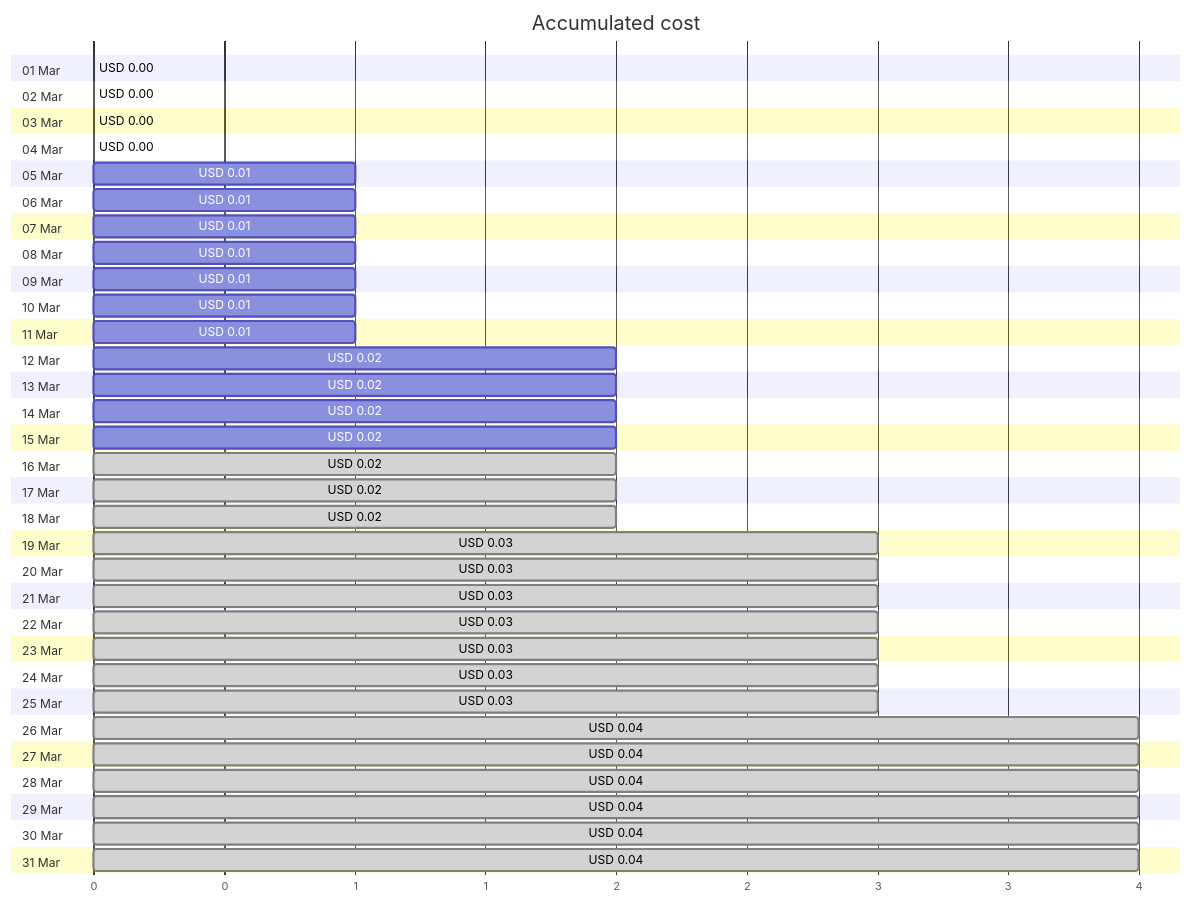
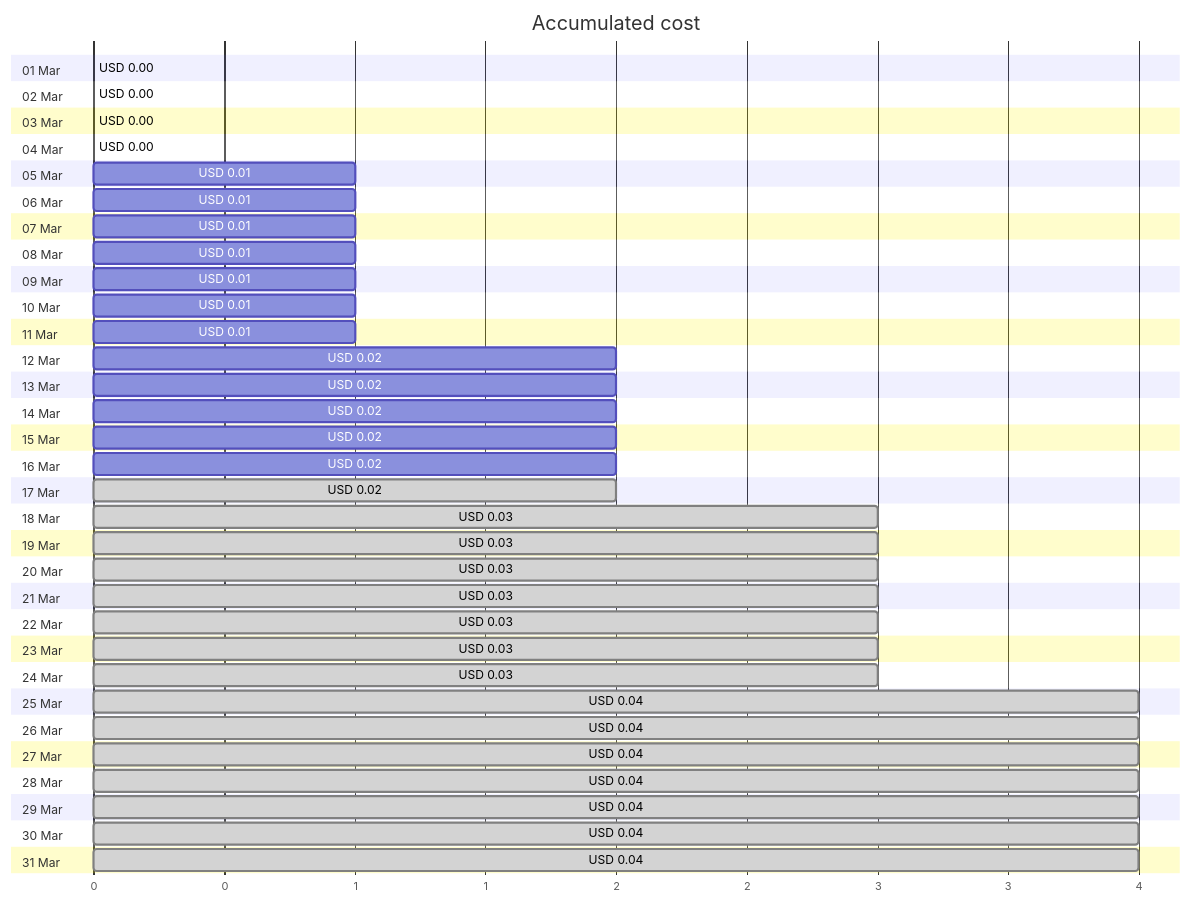
The first of 4 diagrams in cost-reports/personal-site/personalsiteapistorage.md (jpfulton/azure-personal-reports), drawn with Mermaid before and after one commit. The commit also changed other lines of this file and 6 other files, not shown here.

````diff
--- a/cost-reports/personal-site/personalsiteapistorage.md
+++ b/cost-reports/personal-site/personalsiteapistorage.md
@@ -20,68 +20,68 @@
 ```mermaid
 gantt
    title Accumulated cost
    dateFormat  X
    axisFormat %s
    section 01 Mar
    USD 0.00 :0, 0
    section 02 Mar
    USD 0.00 :0, 0
    section 03 Mar
    USD 0.00 :0, 0
    section 04 Mar
    USD 0.00 :0, 0
    section 05 Mar
    USD 0.01 :0, 1
    section 06 Mar
    USD 0.01 :0, 1
    section 07 Mar
    USD 0.01 :0, 1
    section 08 Mar
    USD 0.01 :0, 1
    section 09 Mar
    USD 0.01 :0, 1
    section 10 Mar
    USD 0.01 :0, 1
    section 11 Mar
    USD 0.01 :0, 1
    section 12 Mar
    USD 0.02 :0, 2
    section 13 Mar
    USD 0.02 :0, 2
    section 14 Mar
    USD 0.02 :0, 2
    section 15 Mar
    USD 0.02 :0, 2
    section 16 Mar
-   USD 0.02 : done, 0, 2
+   USD 0.02 :0, 2
    section 17 Mar
    USD 0.02 : done, 0, 2
    section 18 Mar
-   USD 0.02 : done, 0, 2
+   USD 0.03 : done, 0, 3
    section 19 Mar
    USD 0.03 : done, 0, 3
    section 20 Mar
    USD 0.03 : done, 0, 3
    section 21 Mar
    USD 0.03 : done, 0, 3
    section 22 Mar
    USD 0.03 : done, 0, 3
    section 23 Mar
    USD 0.03 : done, 0, 3
    section 24 Mar
    USD 0.03 : done, 0, 3
    section 25 Mar
-   USD 0.03 : done, 0, 3
+   USD 0.04 : done, 0, 4
    section 26 Mar
    USD 0.04 : done, 0, 4
    section 27 Mar
    USD 0.04 : done, 0, 4
    section 28 Mar
    USD 0.04 : done, 0, 4
    section 29 Mar
    USD 0.04 : done, 0, 4
    section 30 Mar
    USD 0.04 : done, 0, 4
    section 31 Mar
    USD 0.04 : done, 0, 4
 ```
````
